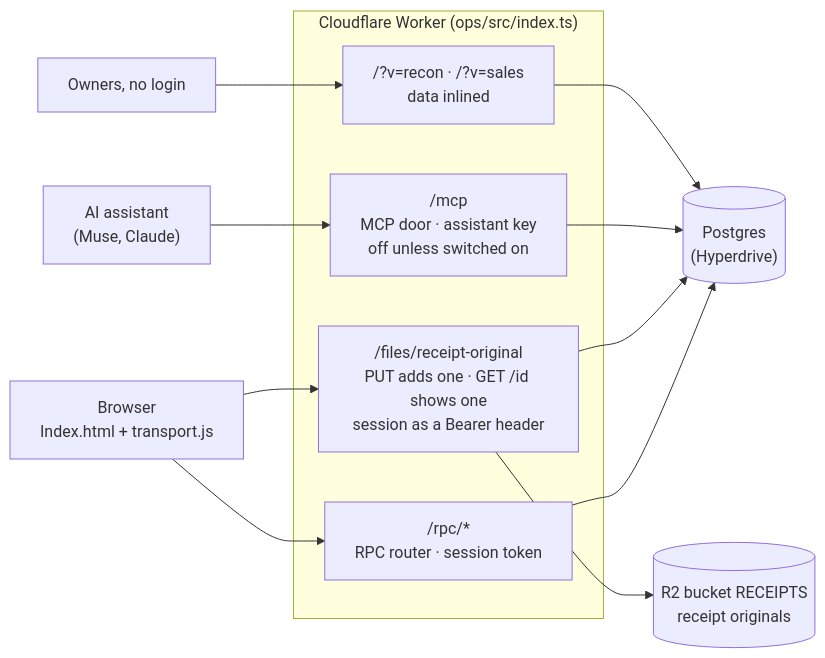
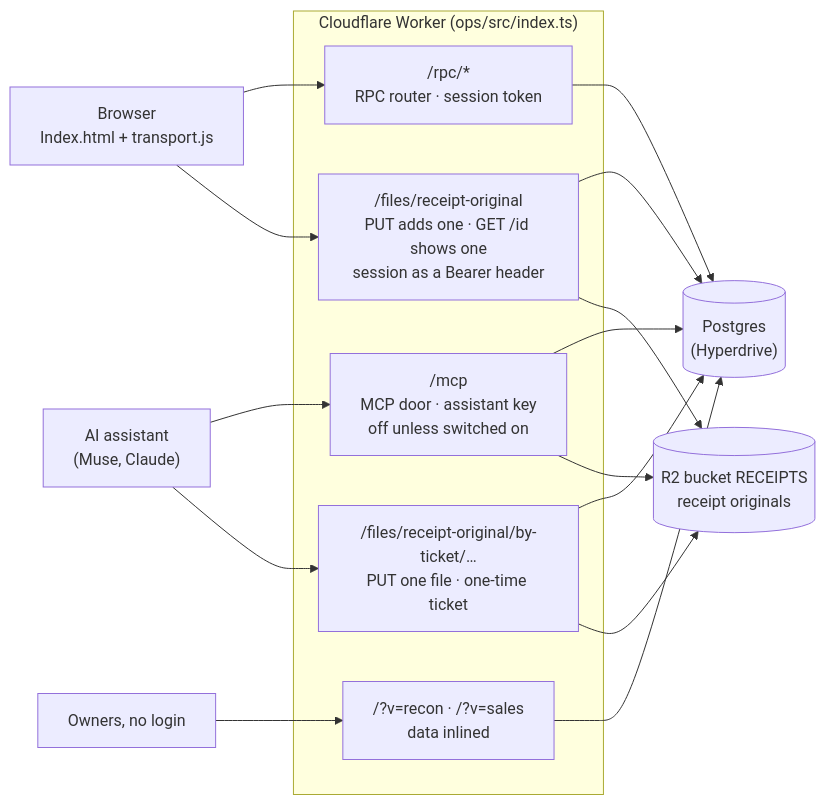
The fifth of 5 diagrams in docs/architecture/overview.md (ashinjoseph/StoreOps), drawn with Mermaid before and after one commit. The commit also changed other lines of this file and 26 other files, not shown here.

````diff
--- a/docs/architecture/overview.md
+++ b/docs/architecture/overview.md
@@ -208,23 +208,28 @@
 ```mermaid
 flowchart LR
     page["Browser<br/>Index.html + transport.js"]
     asst["AI assistant<br/>(Muse, Claude)"]
     pub["Owners, no login"]
     subgraph worker["Cloudflare Worker (ops/src/index.ts)"]
         rpc["/rpc/*<br/>RPC router · session token"]
         files["/files/receipt-original<br/>PUT adds one · GET /id shows one<br/>session as a Bearer header"]
         mcp["/mcp<br/>MCP door · assistant key<br/>off unless switched on"]
+        ticket["/files/receipt-original/by-ticket/…<br/>PUT one file · one-time ticket"]
         pages["/?v=recon · /?v=sales<br/>data inlined"]
     end
     pg[("Postgres<br/>(Hyperdrive)")]
     r2[("R2 bucket RECEIPTS<br/>receipt originals")]
     page --> rpc
     page --> files
     asst --> mcp
+    asst --> ticket
     pub --> pages
     rpc --> pg
     files --> pg
     files --> r2
     mcp --> pg
+    mcp --> r2
+    ticket --> pg
+    ticket --> r2
     pages --> pg
 ```
````
